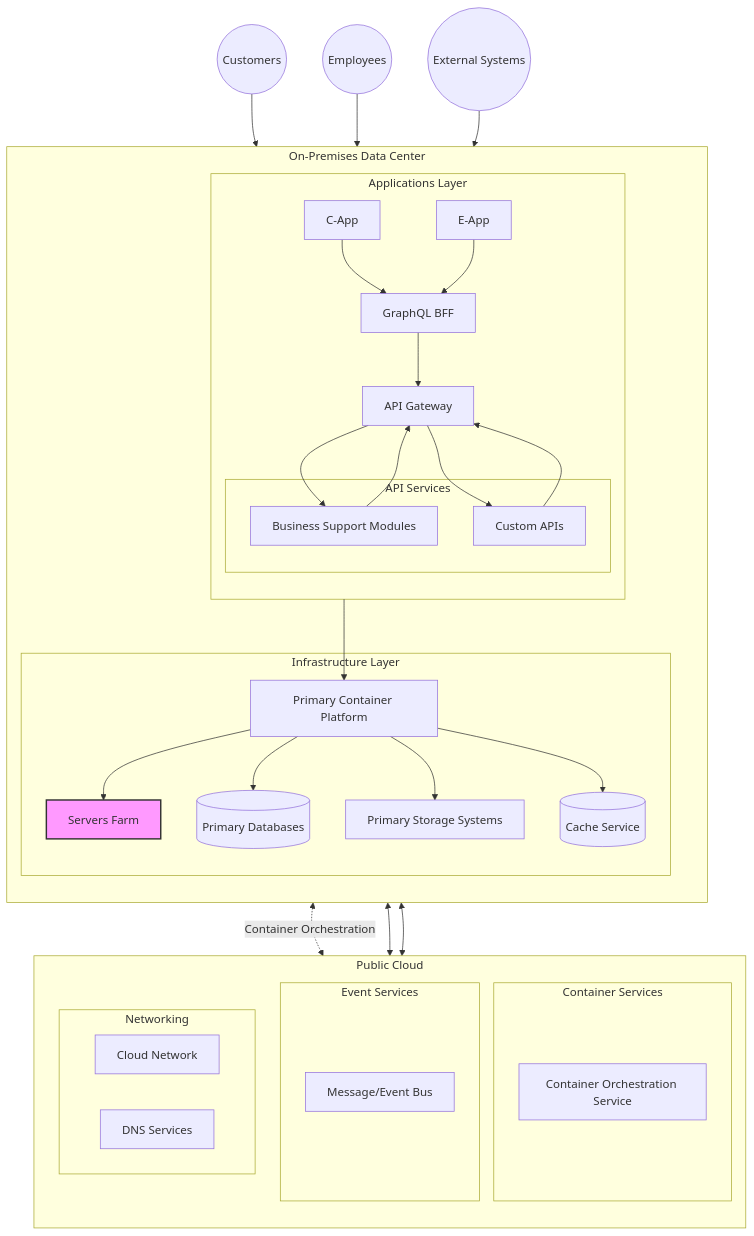
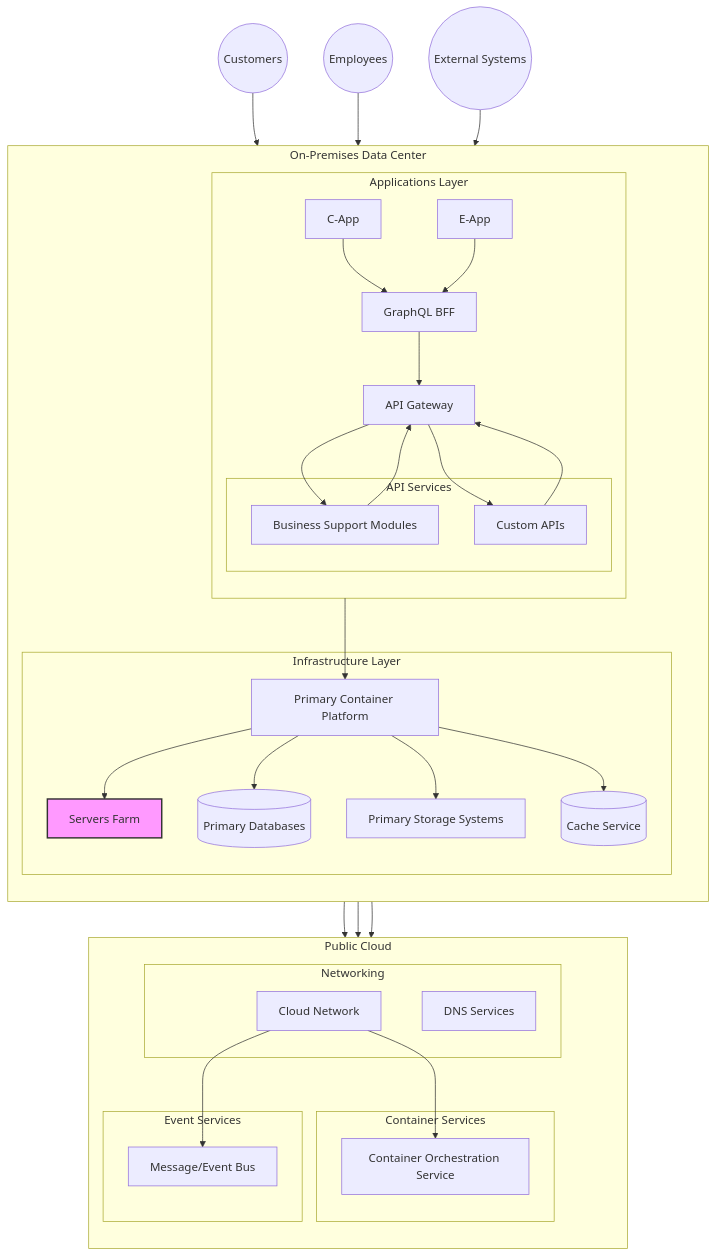
One commit to henryrestive/infra-docs changed the diagram in Generic-HybridCloud.md. Above: the diagram before and after it, drawn with Mermaid. The commit also changed 2 other files, not shown here.

Commit message:
Make the diagrams more visible

````diff
--- a/Generic-HybridCloud.md
+++ b/Generic-HybridCloud.md
@@ -8,62 +8,65 @@
 ```mermaid
 graph TB
     subgraph OnPrem[On-Premises Data Center]
         direction TB
         subgraph Apps[Applications Layer]
             CApp[C-App]
             EApp[E-App]
             subgraph API[API Services]
                 BSM[Business Support Modules]
                 CustomAPI[Custom APIs]
             end
             BFF[GraphQL BFF]
             Gateway[API Gateway]
         end
         
         subgraph Infrastructure[Infrastructure Layer]
             ServersFarm[Servers Farm]:::serversFarm
             ContainerPlatform[Primary Container Platform]
             PrimaryDB[(Primary Databases)]
             PrimaryStorage[Primary Storage Systems]
             CacheService[(Cache Service)]
         end
     end
 
     subgraph Cloud[Public Cloud]
         direction TB
+        subgraph Network[Networking]
+            CloudNet[Cloud Network]
+            DNS[DNS Services]
+        end
+        
         subgraph Compute[Container Services]
             ContainerService[Container Orchestration Service]
         end
         
         subgraph Messaging[Event Services]
             EventBus[Message/Event Bus]
-        end
-        
-        subgraph Network[Networking]
-            CloudNet[Cloud Network]
-            DNS[DNS Services]
         end
     end
 
     Customers((Customers))
     Employees((Employees))
     ExternalSystems((External Systems))
 
     CApp & EApp --> BFF
     BFF --> Gateway
     BSM & CustomAPI --> Gateway
     Gateway --> BSM
     Gateway --> CustomAPI
     Customers --> CApp
     Employees --> EApp
     ExternalSystems --> Gateway
     Apps --> ContainerPlatform
     ContainerPlatform --> ServersFarm
     ContainerPlatform --> PrimaryDB
     ContainerPlatform --> PrimaryStorage
     ContainerPlatform --> CacheService
-    ContainerPlatform <-.->|Container Orchestration| ContainerService
-    BSM & CustomAPI <--> EventBus
+    ContainerPlatform --> CloudNet
+    CloudNet --> ContainerService
+    BSM --> CloudNet
+    CustomAPI --> CloudNet
+    CloudNet --> EventBus
 
     classDef serversFarm fill:#f9f,stroke:#333,stroke-width:2px;
 ```
````
